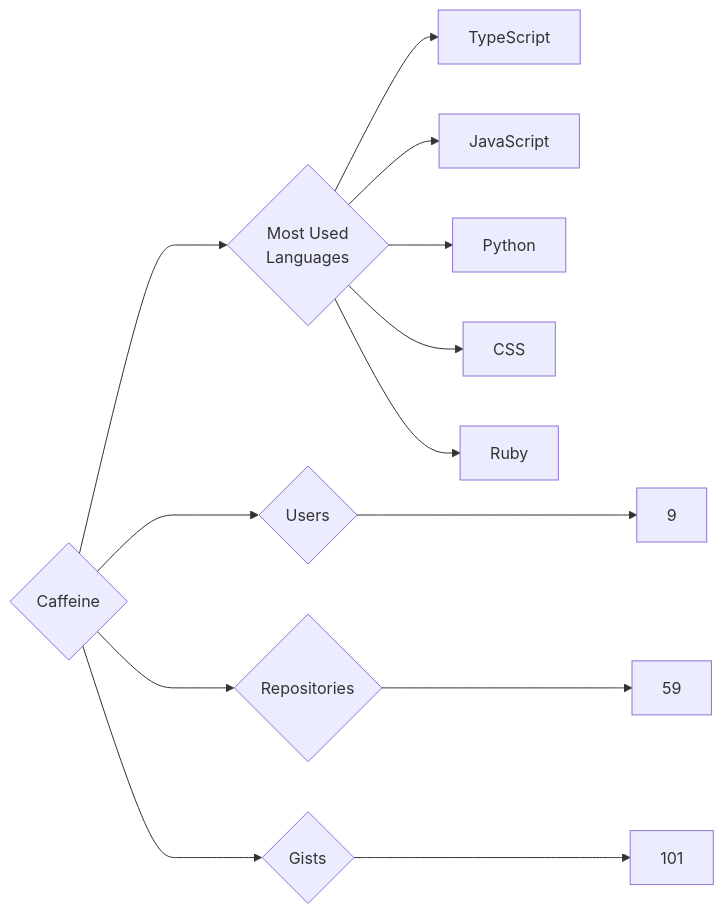
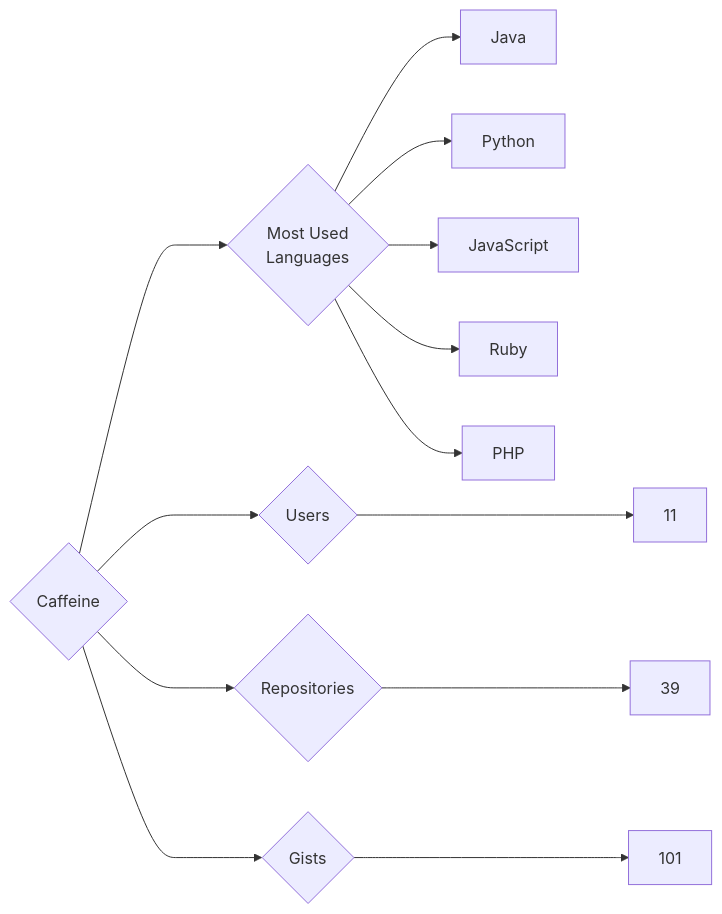
Before and after one commit to trickest/insiders: the diagram in targets/Caffeine/README.md, drawn with Mermaid. The commit also changed 736 other files, not shown here.

````diff
--- a/targets/Caffeine/README.md
+++ b/targets/Caffeine/README.md
@@ -3,13 +3,13 @@
 ```mermaid
 graph LR
 COMPANY_NAME{Caffeine}
-COMPANY_NAME ---> U{Users} ---> UN[9]
-COMPANY_NAME ---> R{Repositories} ---> RN[59]
+COMPANY_NAME ---> U{Users} ---> UN[11]
+COMPANY_NAME ---> R{Repositories} ---> RN[39]
 COMPANY_NAME ---> G{Gists} ---> GN[101]
 COMPANY_NAME ---> ML{Most Used<br>Languages}
-ML --> TypeScript[TypeScript]
+ML --> Java[Java]
+ML --> Python[Python]
 ML --> JavaScript[JavaScript]
-ML --> Python[Python]
-ML --> CSS[CSS]
 ML --> Ruby[Ruby]
+ML --> PHP[PHP]
 ```
````
